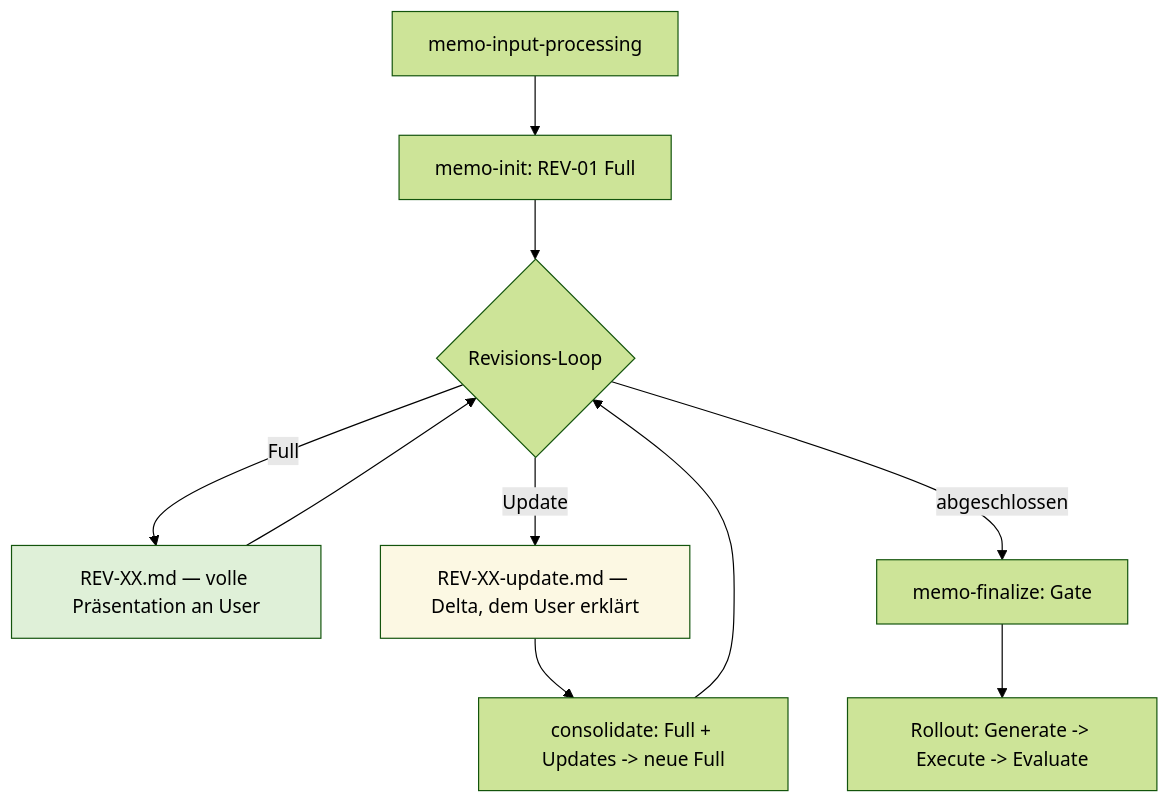
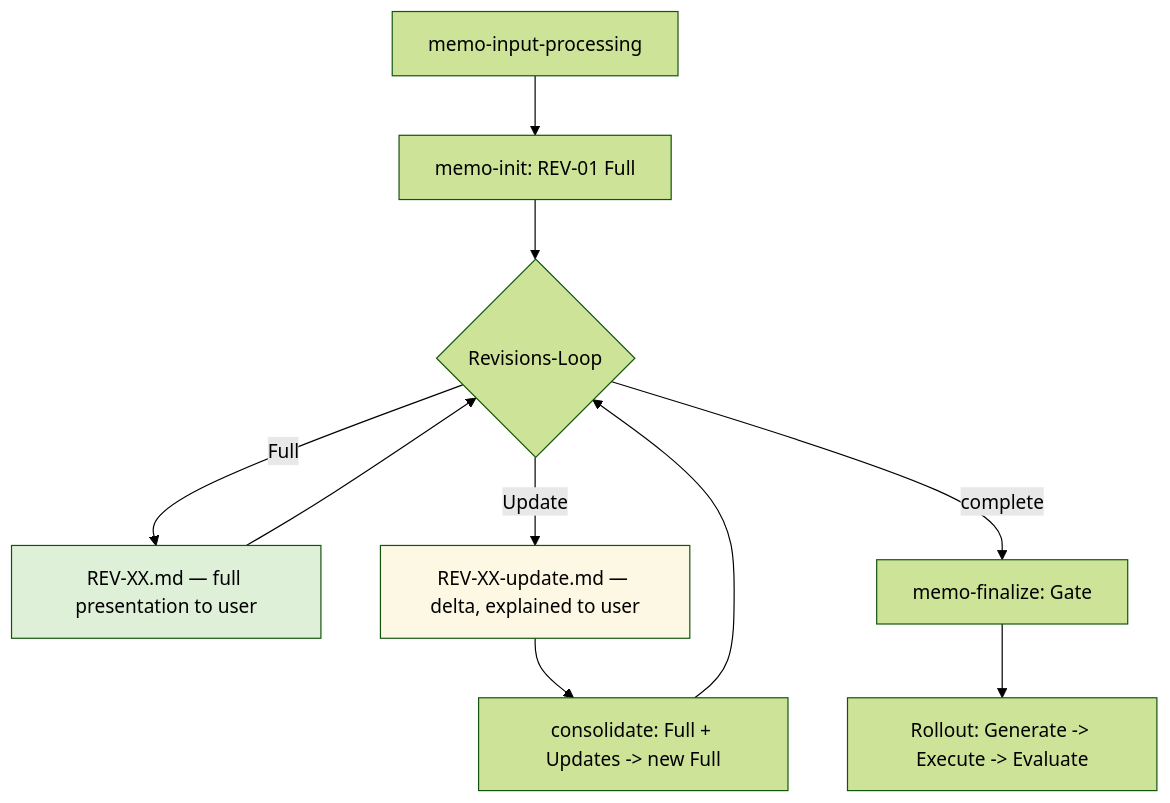
The diagram in generated/docs-payload/20-flow-full-vs-update-revisions.md (Memo-Init/spec), drawn with Mermaid (forest theme) before and after one commit. The commit also changed other lines of this file and 76 other files, not shown here.

````diff
--- a/generated/docs-payload/20-flow-full-vs-update-revisions.md
+++ b/generated/docs-payload/20-flow-full-vs-update-revisions.md
@@ -32,14 +24,14 @@
 ```mermaid
 flowchart TD
     A[memo-input-processing] --> B[memo-init: REV-01 Full]
     B --> C{Revisions-Loop}
-    C -->|Full| D[REV-XX.md — volle Präsentation an User]
-    C -->|Update| E[REV-XX-update.md — Delta, dem User erklärt]
-    E --> F[consolidate: Full + Updates -> neue Full]
+    C -->|Full| D[REV-XX.md — full presentation to user]
+    C -->|Update| E[REV-XX-update.md — delta, explained to user]
+    E --> F[consolidate: Full + Updates -> new Full]
     D --> C
     F --> C
-    C -->|abgeschlossen| G[memo-finalize: Gate]
+    C -->|complete| G[memo-finalize: Gate]
     G --> H[Rollout: Generate -> Execute -> Evaluate]
     style D fill:#dff0d8
     style E fill:#fcf8e3
 ```
````
